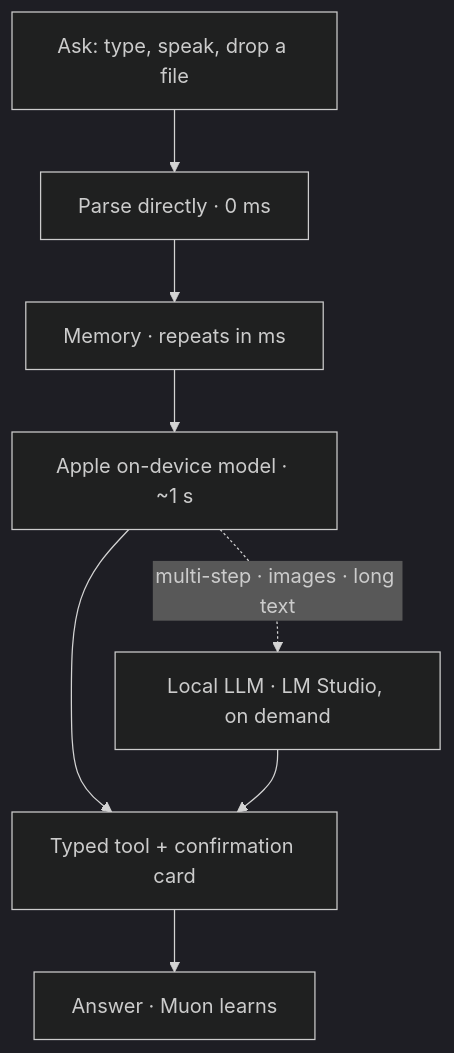
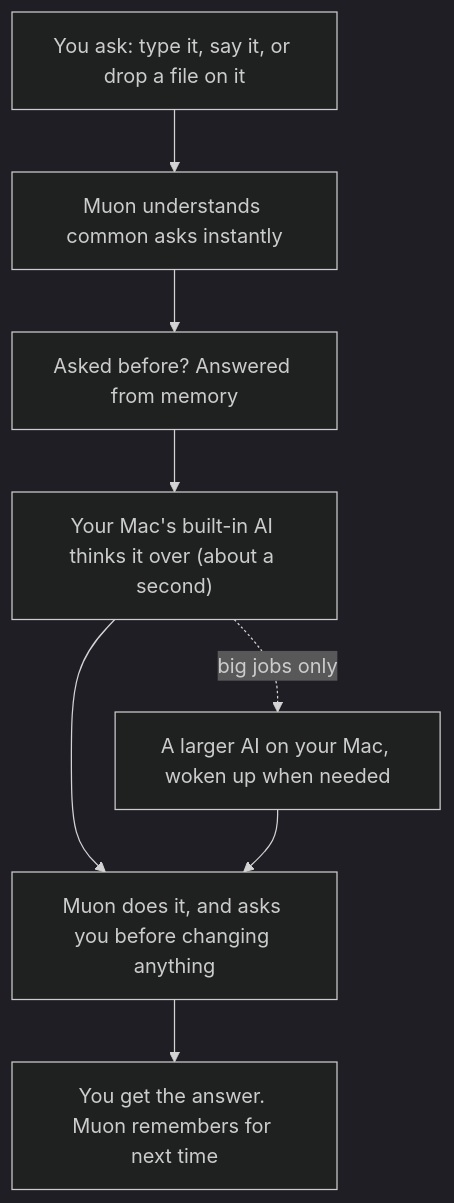
The diagram in README.md (harshdvaid24/muon), drawn with Mermaid (dark theme) before and after one commit. The commit also changed other lines of this file, not shown here.

Commit message:
docs: how-it-works diagram in plain language

````diff
--- a/README.md
+++ b/README.md
@@ -229,10 +229,10 @@
 ```mermaid
 flowchart TD
-    A["Ask: type, speak, drop a file"] --> B["Parse directly · 0 ms"]
-    B --> C["Memory · repeats in ms"]
-    C --> D["Apple on-device model · ~1 s"]
-    D --> F["Typed tool + confirmation card"]
-    D -. "multi-step · images · long text" .-> E["Local LLM · LM Studio, on demand"]
+    A["You ask: type it, say it, or drop a file on it"] --> B["Muon understands common asks instantly"]
+    B --> C["Asked before? Answered from memory"]
+    C --> D["Your Mac's built-in AI thinks it over (about a second)"]
+    D --> F["Muon does it, and asks you before changing anything"]
+    D -. "big jobs only" .-> E["A larger AI on your Mac, woken up when needed"]
     E --> F
-    F --> G["Answer · Muon learns"]
+    F --> G["You get the answer. Muon remembers for next time"]
 ```
````
